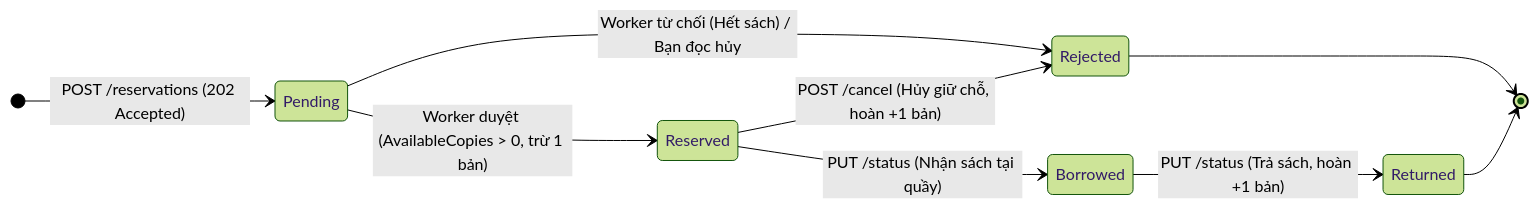
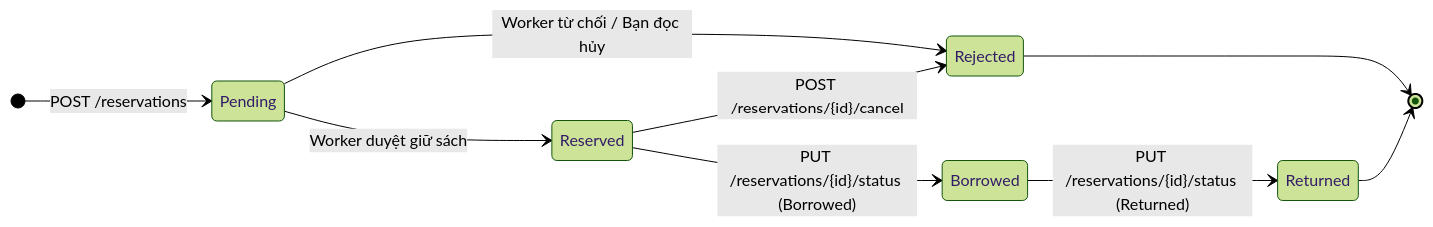
The second of 3 diagrams in README.md (azmedia2006/distributed-library-reservation-v2), drawn with Mermaid (forest theme) before and after one commit. The commit also changed other lines of this file and 2 other files, not shown here.

Commit message:
docs(readme): expand README with 9 detailed sections, ER diagram, AMQP topology, seed tables, and light editorial SVGs

````diff
--- a/README.md
+++ b/README.md
@@ -43,12 +144,12 @@
 ```mermaid
 stateDiagram-v2
     direction LR
-    [*] --> Pending : POST /reservations (202 Accepted)
-    Pending --> Reserved : Worker duyệt (AvailableCopies > 0, trừ 1 bản)
-    Pending --> Rejected : Worker từ chối (Hết sách) / Bạn đọc hủy
-    Reserved --> Borrowed : PUT /status (Nhận sách tại quầy)
-    Reserved --> Rejected : POST /cancel (Hủy giữ chỗ, hoàn +1 bản)
-    Borrowed --> Returned : PUT /status (Trả sách, hoàn +1 bản)
+    [*] --> Pending : POST /reservations
+    Pending --> Reserved : Worker duyệt giữ sách
+    Pending --> Rejected : Worker từ chối / Bạn đọc hủy
+    Reserved --> Borrowed : PUT /reservations/{id}/status (Borrowed)
+    Reserved --> Rejected : POST /reservations/{id}/cancel
+    Borrowed --> Returned : PUT /reservations/{id}/status (Returned)
     Rejected --> [*]
     Returned --> [*]
 ```
````
